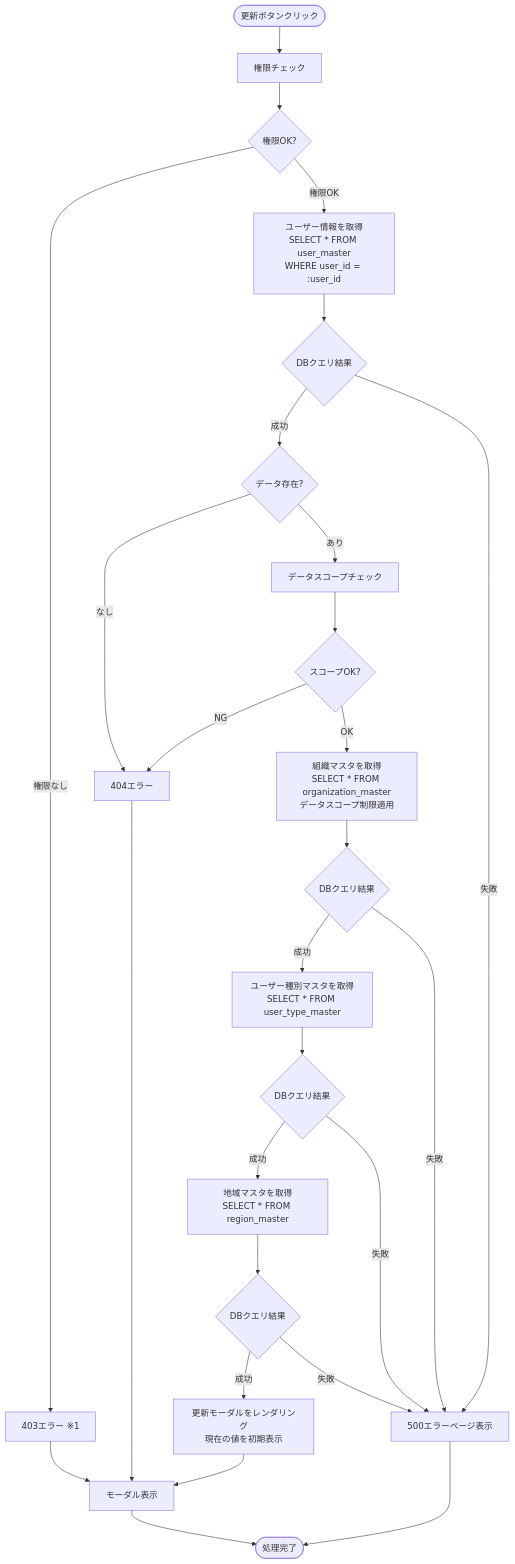
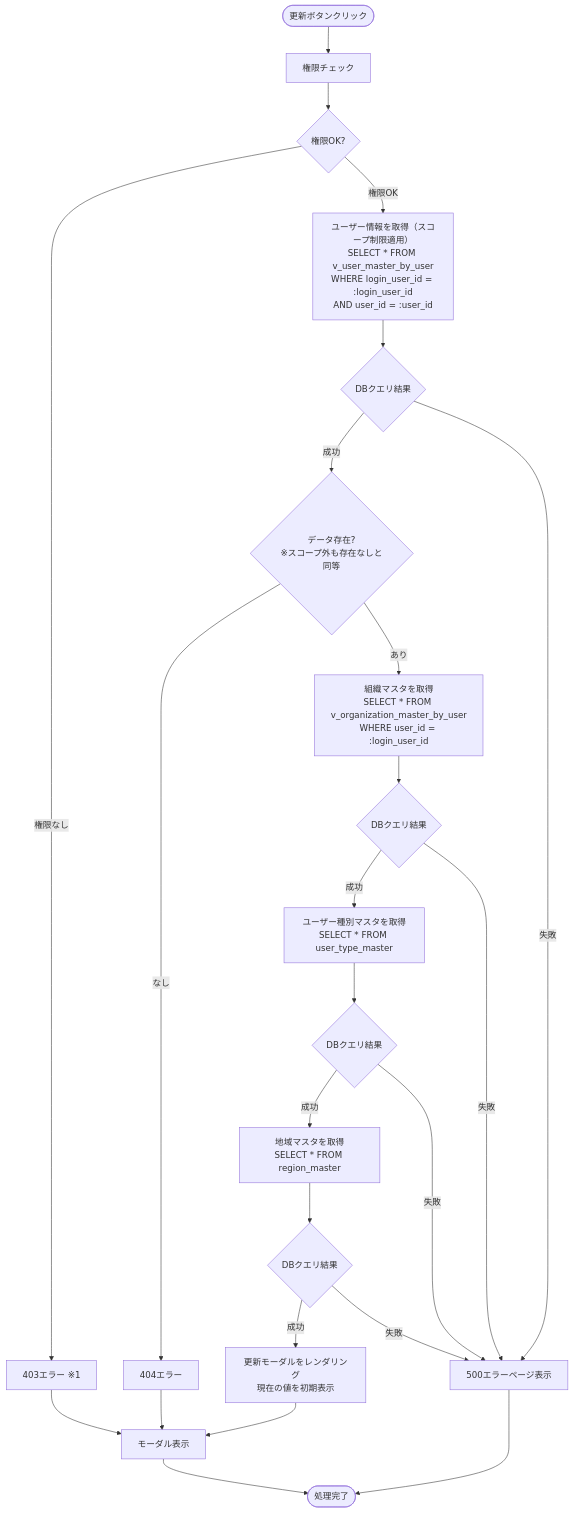
One commit to NSW-SVCP-AIWG002/Databricks-IoT changed the fifth of 8 diagrams in docs/03-features/flask-app/users/workflow-specification.md. Above: the diagram before and after it, drawn with Mermaid. The commit also changed other lines of this file, not shown here.

````diff
--- a/docs/03-features/flask-app/users/workflow-specification.md
+++ b/docs/03-features/flask-app/users/workflow-specification.md
@@ -1193,42 +1155,38 @@
 ```mermaid
 flowchart TD
     Start([更新ボタンクリック]) --> Permission[権限チェック]
     Permission --> CheckPerm{権限OK?}
     CheckPerm -->|権限なし| Error403[403エラー ※1]
 
-    CheckPerm -->|権限OK| LoadUser[ユーザー情報を取得<br>SELECT * FROM user_master<br>WHERE user_id = :user_id]
+    CheckPerm -->|権限OK| LoadUser[ユーザー情報を取得（スコープ制限適用）<br>SELECT * FROM v_user_master_by_user<br>WHERE login_user_id = :login_user_id<br>AND user_id = :user_id]
     LoadUser --> CheckDB1{DBクエリ結果}
 
-    CheckDB1 -->|成功| CheckData{データ存在?}
+    CheckDB1 -->|成功| CheckData{データ存在?<br>※スコープ外も存在なしと同等}
     CheckDB1 -->|失敗| Error500[500エラーページ表示]
 
     CheckData -->|なし| Error404[404エラー]
 
-    CheckData -->|あり| ScopeCheck[データスコープチェック]
-    ScopeCheck --> CheckScope{スコープOK?}
-    CheckScope -->|NG| Error404
-
-    CheckScope -->|OK| LoadOrg[組織マスタを取得<br>SELECT * FROM organization_master<br>データスコープ制限適用]
+    CheckData -->|あり| LoadOrg[組織マスタを取得<br>SELECT * FROM v_organization_master_by_user<br>WHERE user_id = :login_user_id]
     LoadOrg --> CheckDB2{DBクエリ結果}
 
     CheckDB2 -->|成功| LoadUserType[ユーザー種別マスタを取得<br>SELECT * FROM user_type_master]
     CheckDB2 -->|失敗| Error500
 
     LoadUserType --> CheckDB3{DBクエリ結果}
 
     CheckDB3 -->|成功| LoadRegion[地域マスタを取得<br>SELECT * FROM region_master]
     CheckDB3 -->|失敗| Error500
 
     LoadRegion --> CheckDB4{DBクエリ結果}
 
     CheckDB4 -->|成功| Template[更新モーダルをレンダリング<br>現在の値を初期表示]
     CheckDB4 -->|失敗| Error500
 
     Template --> View[モーダル表示]
 
     Error403 --> View
     Error404 --> View
 
     View --> End([処理完了])
     Error500 --> End
 ```
````
